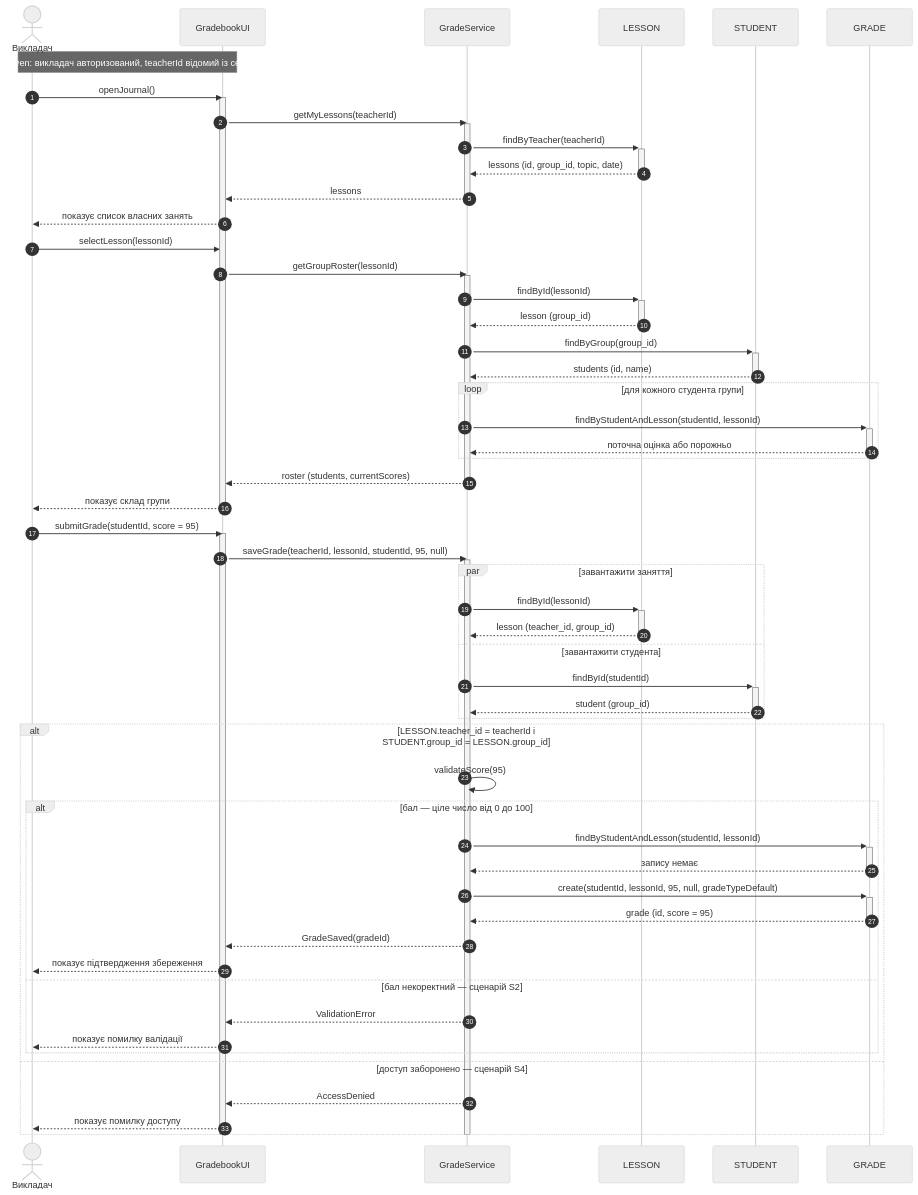
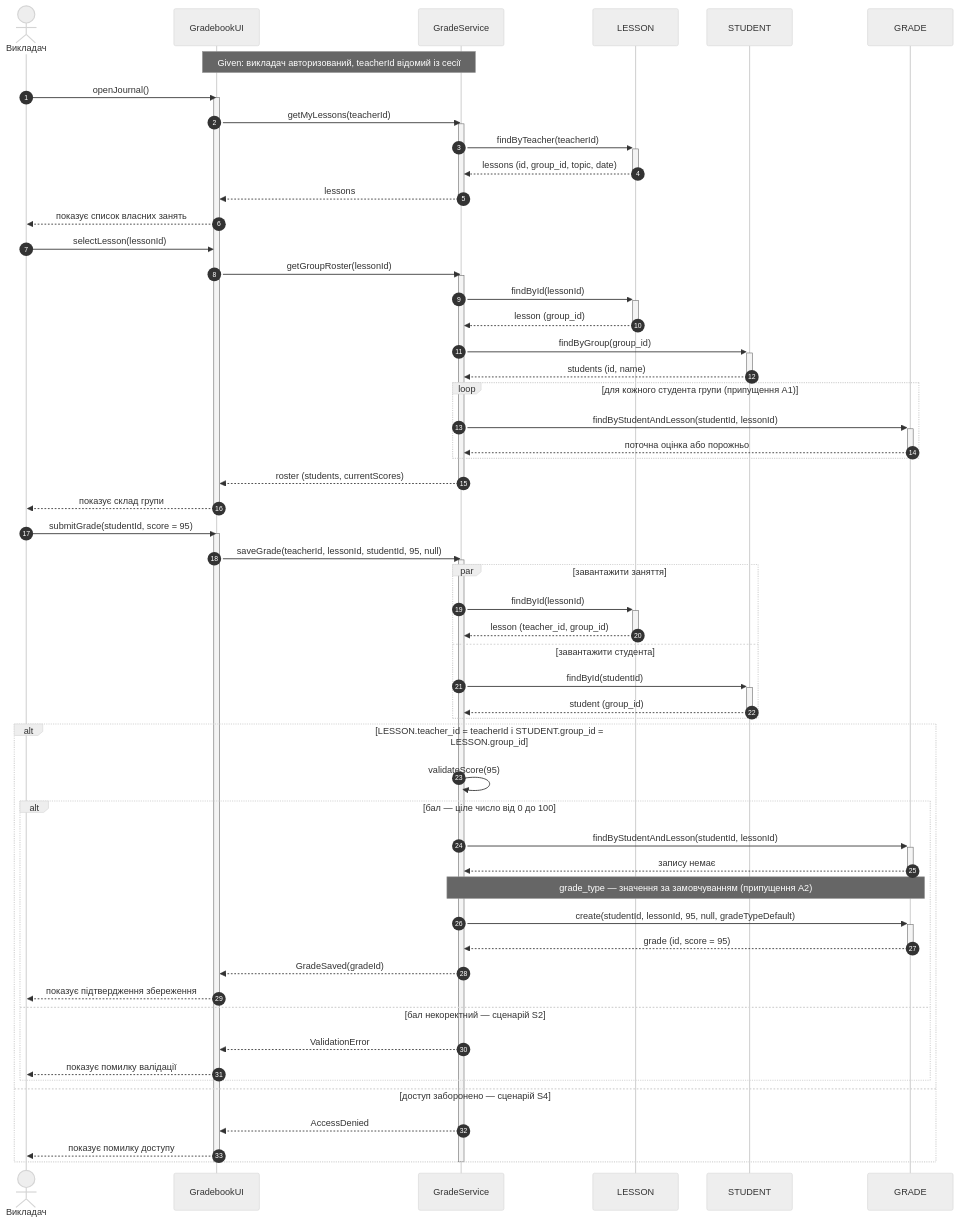
One commit to Mayki603/gradebook changed the first of 6 diagrams in sequence-diagrams.md. Above: the diagram before and after it, drawn with Mermaid (neutral theme). The commit also changed other lines of this file, not shown here.

````diff
--- a/sequence-diagrams.md
+++ b/sequence-diagrams.md
@@ -11,68 +13,69 @@
 ```mermaid
 sequenceDiagram
     autonumber
     actor T as Викладач
     participant UI as GradebookUI
     participant GS as GradeService
     participant L as LESSON
     participant S as STUDENT
     participant G as GRADE
 
-    Note over T,UI: Given: викладач авторизований, teacherId відомий із сесії
+    Note over UI,GS: Given: викладач авторизований, teacherId відомий із сесії
     T->>UI: openJournal()
     activate UI
     UI->>GS: getMyLessons(teacherId)
     activate GS
     GS->>+L: findByTeacher(teacherId)
     L-->>-GS: lessons (id, group_id, topic, date)
     GS-->>UI: lessons
     deactivate GS
     UI-->>T: показує список власних занять
 
     T->>UI: selectLesson(lessonId)
     UI->>GS: getGroupRoster(lessonId)
     activate GS
     GS->>+L: findById(lessonId)
     L-->>-GS: lesson (group_id)
     GS->>+S: findByGroup(group_id)
     S-->>-GS: students (id, name)
-    loop для кожного студента групи
+    loop для кожного студента групи (припущення A1)
         GS->>+G: findByStudentAndLesson(studentId, lessonId)
         G-->>-GS: поточна оцінка або порожньо
     end
     GS-->>UI: roster (students, currentScores)
     deactivate GS
     UI-->>T: показує склад групи
     deactivate UI
 
     T->>UI: submitGrade(studentId, score = 95)
     activate UI
     UI->>GS: saveGrade(teacherId, lessonId, studentId, 95, null)
     activate GS
     par завантажити заняття
         GS->>+L: findById(lessonId)
         L-->>-GS: lesson (teacher_id, group_id)
     and завантажити студента
         GS->>+S: findById(studentId)
         S-->>-GS: student (group_id)
     end
     alt LESSON.teacher_id = teacherId і STUDENT.group_id = LESSON.group_id
         GS->>GS: validateScore(95)
         alt бал — ціле число від 0 до 100
             GS->>+G: findByStudentAndLesson(studentId, lessonId)
             G-->>-GS: запису немає
+            Note over GS,G: grade_type — значення за замовчуванням (припущення A2)
             GS->>+G: create(studentId, lessonId, 95, null, gradeTypeDefault)
             G-->>-GS: grade (id, score = 95)
             GS-->>UI: GradeSaved(gradeId)
             UI-->>T: показує підтвердження збереження
         else бал некоректний — сценарій S2
             GS-->>UI: ValidationError
             UI-->>T: показує помилку валідації
         end
     else доступ заборонено — сценарій S4
         GS-->>UI: AccessDenied
         UI-->>T: показує помилку доступу
     end
     deactivate GS
     deactivate UI
 ```
````
